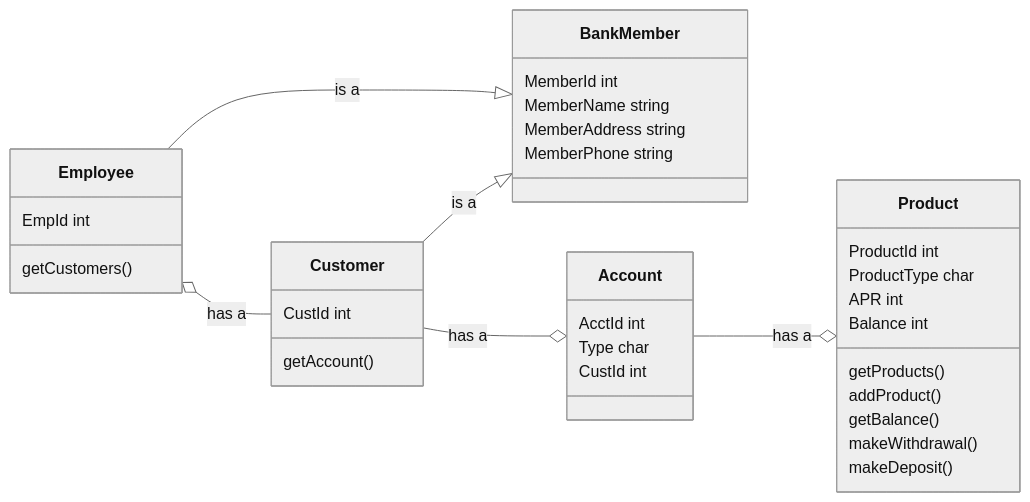
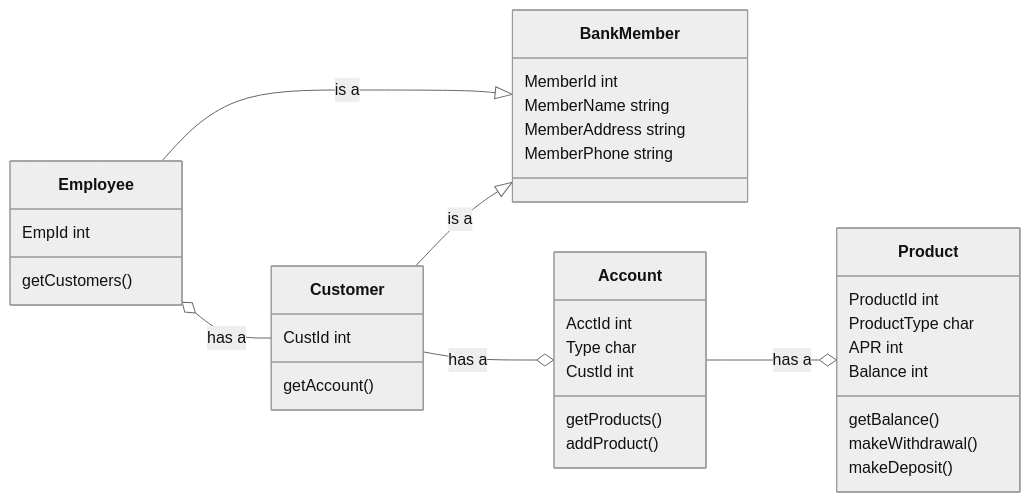
Before and after one commit to Marcus-Snell/Test: the diagram in mermaid.md, drawn with Mermaid (neutral theme).

````diff
--- a/mermaid.md
+++ b/mermaid.md
@@ -1,38 +1,39 @@
 ```mermaid
 classDiagram
 direction LR
 BankMember
 BankMember : MemberId int
 BankMember : MemberName string
 BankMember : MemberAddress string
 BankMember : MemberPhone string
 
 
 Employee --|> BankMember : is a
 Employee o-- Customer : has a
 Employee : EmpId int
 Employee : getCustomers()
 
 Customer --|> BankMember : is a
 Customer --o Account : has a
 Customer : CustId int
 Customer : getAccount()
 
 Account --o Product : has a
 Account : AcctId int
 Account : Type char
 Account : CustId int
+Account : getProducts()
+Account : addProduct()
+
 
 
 
 Product : ProductId int
 Product : ProductType char
 Product : APR int
 Product : Balance int
-Product : getProducts()
-Product : addProduct()
 Product : getBalance()
 Product : makeWithdrawal()
 Product : makeDeposit()
 
 ```
````
